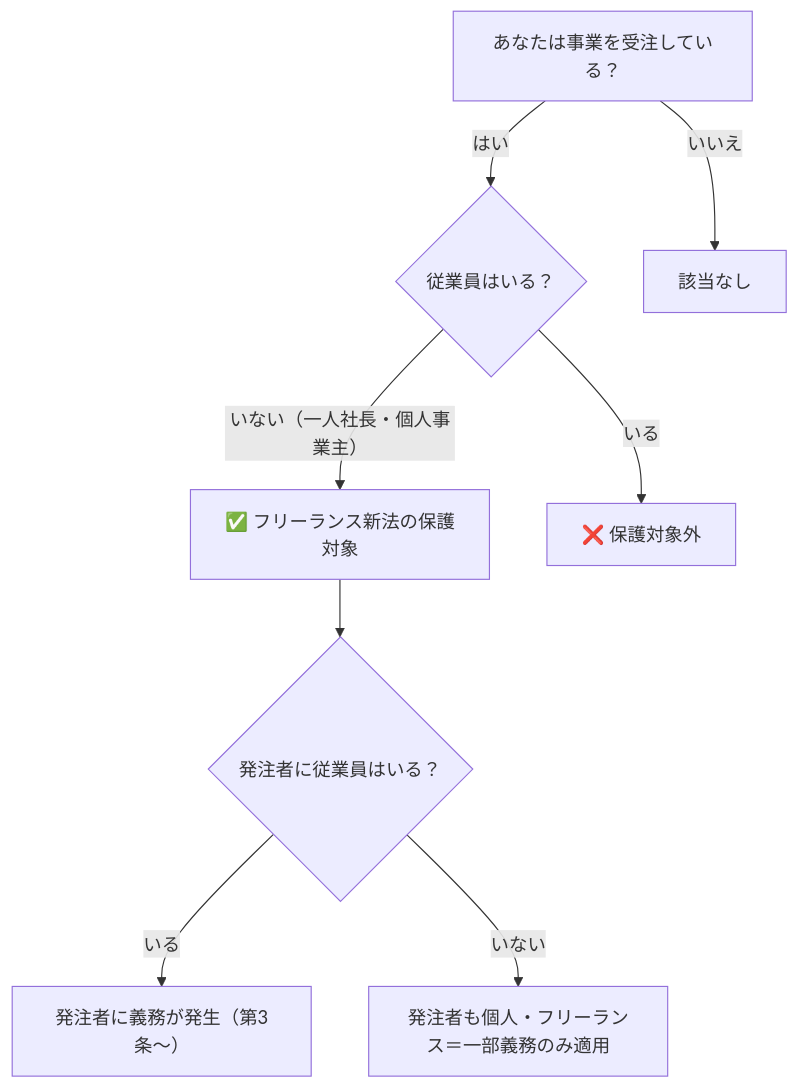
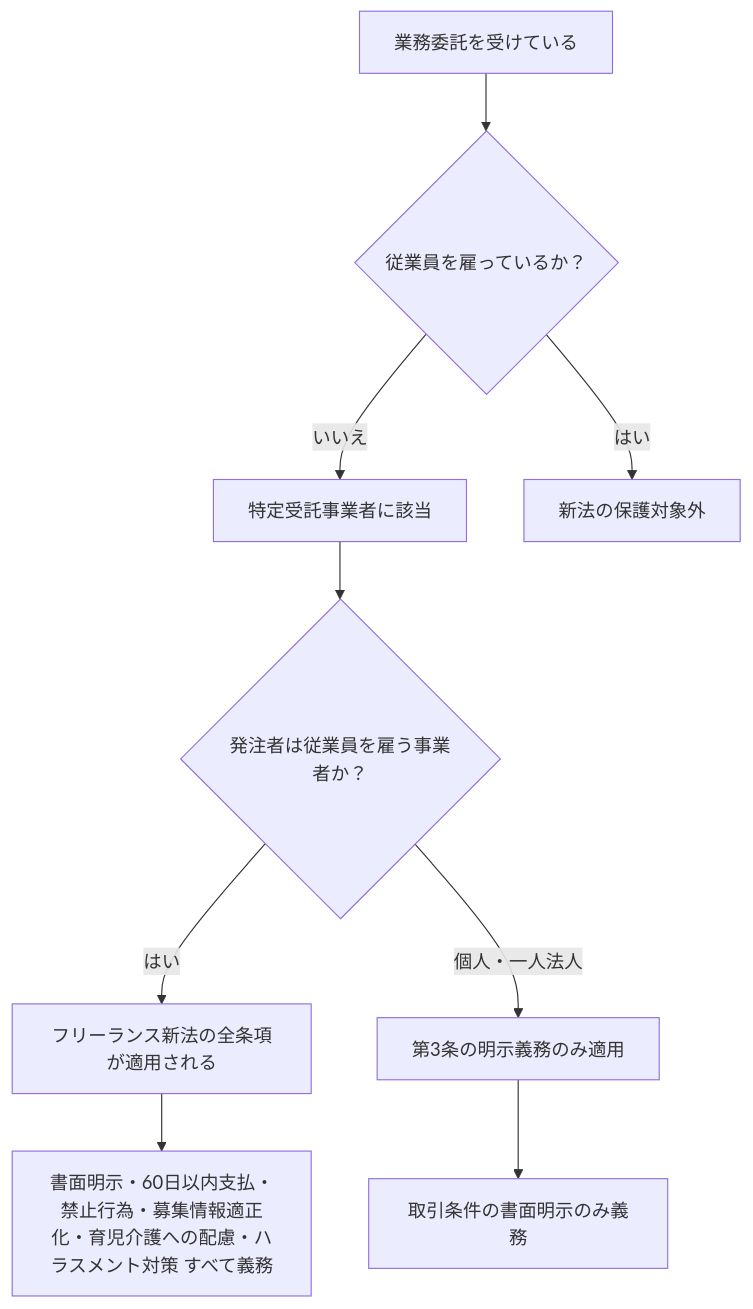
One commit to tukki-koh/freelance-articles changed the diagram in 19_個人事業主とフリーランスの違い｜フリーランス新法の適用はどちらか.md. Above: the diagram before and after it, drawn with Mermaid. The commit also changed other lines of this file, not shown here.

````diff
--- a/19_個人事業主とフリーランスの違い｜フリーランス新法の適用はどちらか.md
+++ b/19_個人事業主とフリーランスの違い｜フリーランス新法の適用はどちらか.md
@@ -71,10 +89,11 @@
 ```mermaid
 flowchart TD
-    A[あなたは事業を受注している？] -->|はい| B{従業員はいる？}
-    B -->|いない（一人社長・個人事業主）| C[✅ フリーランス新法の保護対象]
-    B -->|いる| D[❌ 保護対象外]
-    A -->|いいえ| E[該当なし]
-    C --> F{発注者に従業員はいる？}
-    F -->|いる| G[発注者に義務が発生（第3条〜）]
-    F -->|いない| H[発注者も個人・フリーランス＝一部義務のみ適用]
+    A[業務委託を受けている] --> B{従業員を雇っているか？}
+    B -->|いいえ| C[特定受託事業者に該当]
+    B -->|はい| D[新法の保護対象外]
+    C --> E{発注者は従業員を雇う事業者か？}
+    E -->|はい| F[フリーランス新法の全条項が適用される]
+    E -->|個人・一人法人| G[第3条の明示義務のみ適用]
+    F --> H[書面明示・60日以内支払・禁止行為・募集情報適正化・育児介護への配慮・ハラスメント対策 すべて義務]
+    G --> I[取引条件の書面明示のみ義務]
 ```
````
